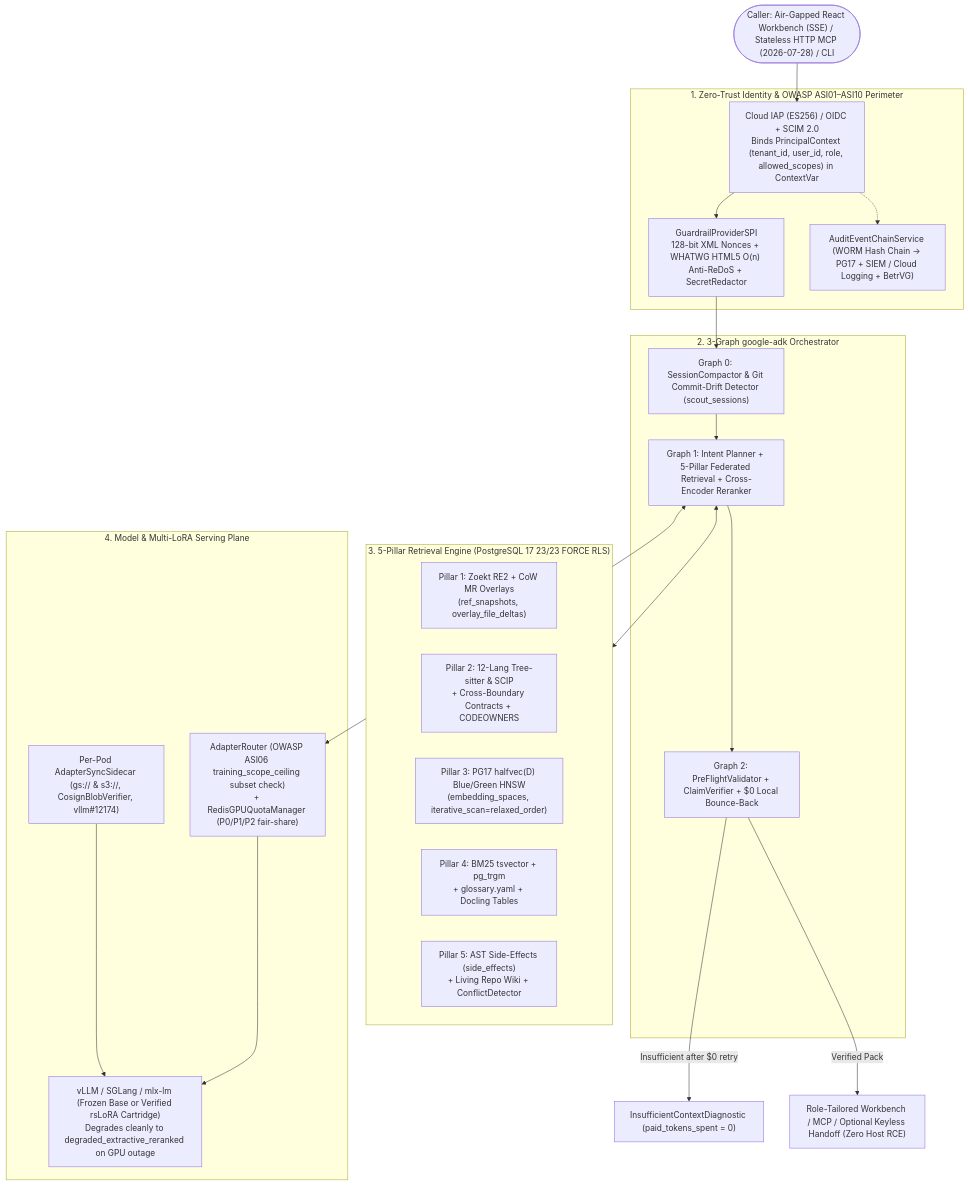
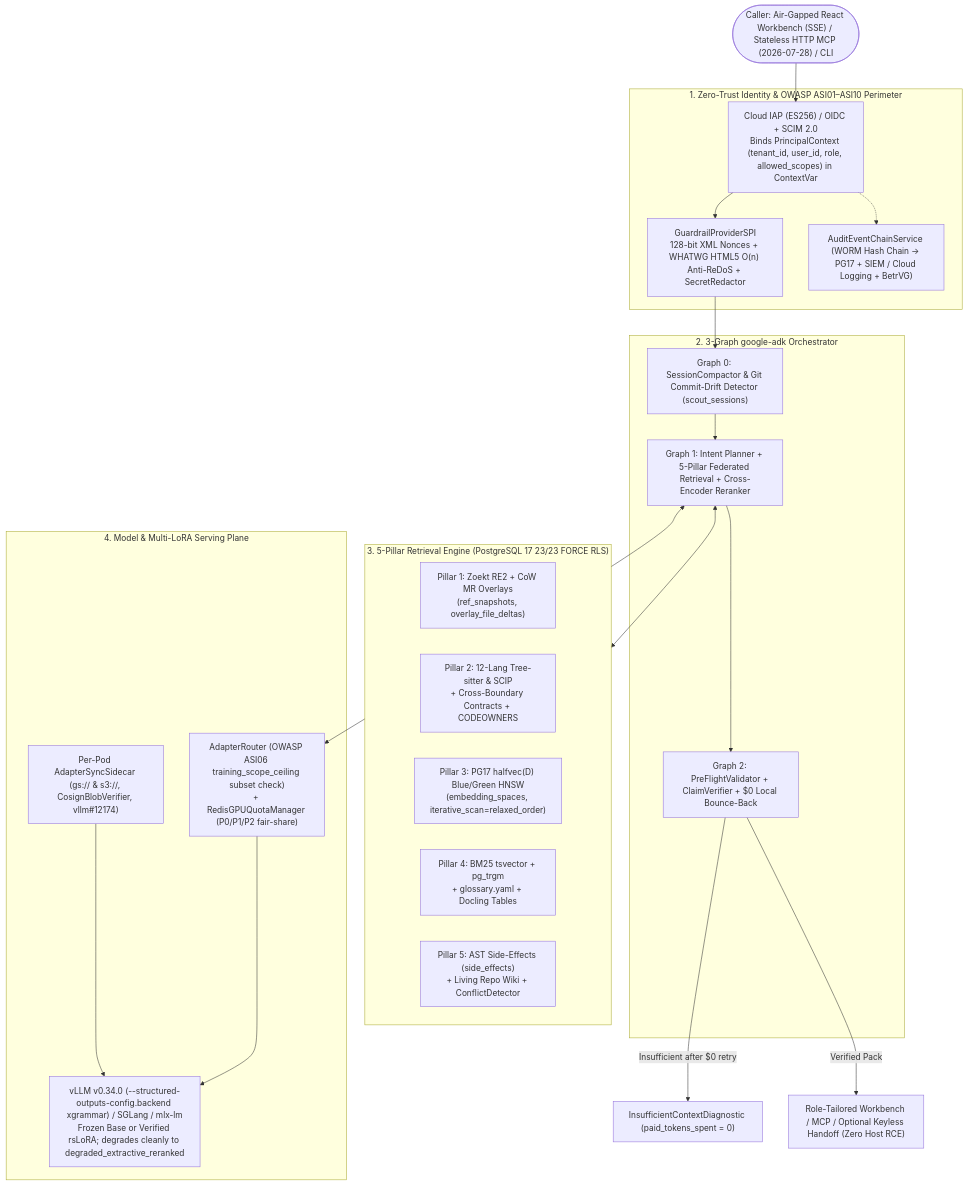
One commit to himanshu2408/enterprise-context-scout changed the first of 2 diagrams in ARCHITECTURE_BLUEPRINT.md. Above: the diagram before and after it, drawn with Mermaid. The commit also changed other lines of this file and 34 other files, not shown here.

````diff
--- a/ARCHITECTURE_BLUEPRINT.md
+++ b/ARCHITECTURE_BLUEPRINT.md
@@ -40,40 +41,40 @@
 ```mermaid
 flowchart TD
     User(["Caller: Air-Gapped React Workbench (SSE) / Stateless HTTP MCP (2026-07-28) / CLI"])
 
     subgraph Gateway["1. Zero-Trust Identity & OWASP ASI01–ASI10 Perimeter"]
         Auth["Cloud IAP (ES256) / OIDC + SCIM 2.0\nBinds PrincipalContext (tenant_id, user_id, role, allowed_scopes) in ContextVar"]
         GuardIn["GuardrailProviderSPI\n128-bit XML Nonces + WHATWG HTML5 O(n) Anti-ReDoS + SecretRedactor"]
         Audit["AuditEventChainService (WORM Hash Chain -> PG17 + SIEM / Cloud Logging + BetrVG)"]
     end
 
     subgraph Orchestrator["2. 3-Graph google-adk Orchestrator"]
         G0["Graph 0: SessionCompactor & Git Commit-Drift Detector (scout_sessions)"]
         G1["Graph 1: Intent Planner + 5-Pillar Federated Retrieval + Cross-Encoder Reranker"]
         G2["Graph 2: PreFlightValidator + ClaimVerifier + $0 Local Bounce-Back"]
     end
 
     subgraph Retrieval["3. 5-Pillar Retrieval Engine (PostgreSQL 17 23/23 FORCE RLS)"]
         direction LR
         P1["Pillar 1: Zoekt RE2 + CoW MR Overlays\n(ref_snapshots, overlay_file_deltas)"]
         P2["Pillar 2: 12-Lang Tree-sitter & SCIP\n+ Cross-Boundary Contracts + CODEOWNERS"]
         P3["Pillar 3: PG17 halfvec(D) Blue/Green HNSW\n(embedding_spaces, iterative_scan=relaxed_order)"]
         P4["Pillar 4: BM25 tsvector + pg_trgm\n+ glossary.yaml + Docling Tables"]
         P5["Pillar 5: AST Side-Effects (side_effects)\n+ Living Repo Wiki + ConflictDetector"]
     end
 
     subgraph Serving["4. Model & Multi-LoRA Serving Plane"]
         Router["AdapterRouter (OWASP ASI06 training_scope_ceiling subset check)\n+ RedisGPUQuotaManager (P0/P1/P2 fair-share)"]
         Sidecar["Per-Pod AdapterSyncSidecar (gs:// & s3://, CosignBlobVerifier, vllm#12174)"]
-        LLM["vLLM / SGLang / mlx-lm (Frozen Base or Verified rsLoRA Cartridge)\nDegrades cleanly to degraded_extractive_reranked on GPU outage"]
+        LLM["vLLM v0.34.0 (--structured-outputs-config.backend xgrammar) / SGLang / mlx-lm\nFrozen Base or Verified rsLoRA; degrades cleanly to degraded_extractive_reranked"]
     end
 
     User --> Auth --> GuardIn --> G0 --> G1 --> G2
     Auth -.-> Audit
     G1 <--> Retrieval
     G1 <--> Router
     Sidecar --> LLM
     Router --> LLM
     G2 -->|"Insufficient after $0 retry"| Abstain["InsufficientContextDiagnostic (paid_tokens_spent = 0)"]
     G2 -->|"Verified Pack"| Out["Role-Tailored Workbench / MCP / Optional Keyless Handoff (Zero Host RCE)"]
 ```
````
